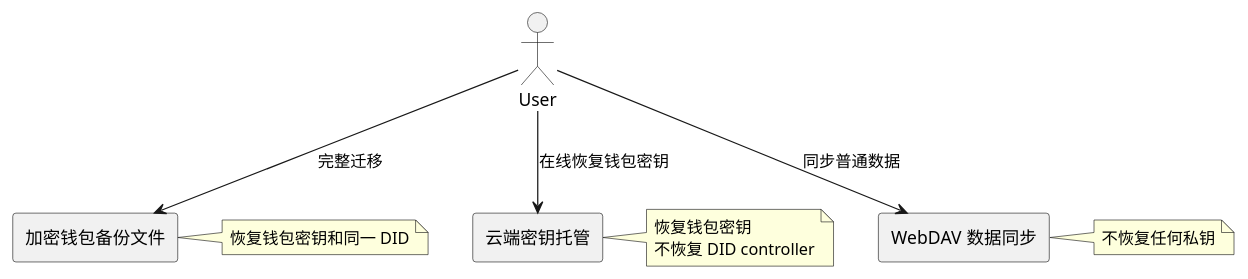
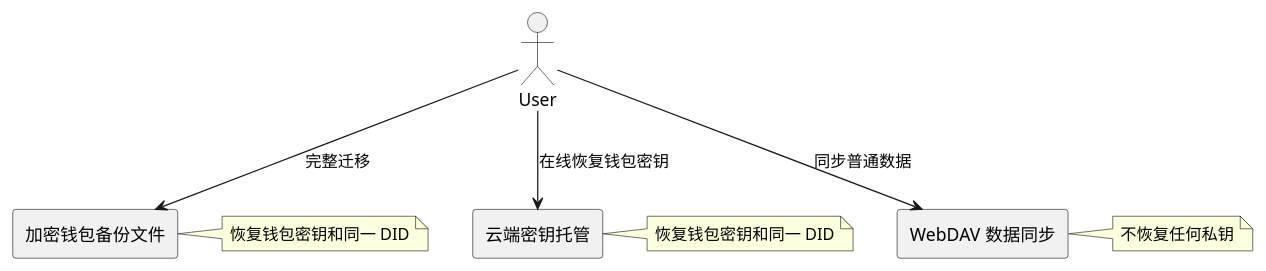
The second of 4 diagrams in docs/钱包安全/密钥安全.md (yeying-community/wallet), drawn with PlantUML before and after one commit. The commit also changed other lines of this file and 12 other files, not shown here.

````diff
--- a/docs/钱包安全/密钥安全.md
+++ b/docs/钱包安全/密钥安全.md
@@ -269,22 +267,21 @@
 ```plantuml
 @startuml recovery-choice
 actor User
 rectangle "加密钱包备份文件" as File
 rectangle "云端密钥托管" as Custody
 rectangle "WebDAV 数据同步" as Sync
 
 User --> File : 完整迁移
 User --> Custody : 在线恢复钱包密钥
 User --> Sync : 同步普通数据
 note right of File
 恢复钱包密钥和同一 DID
 end note
 note right of Custody
-恢复钱包密钥
-不恢复 DID controller
+恢复钱包密钥和同一 DID
 end note
 note right of Sync
 不恢复任何私钥
 end note
 @enduml
 ```
````
